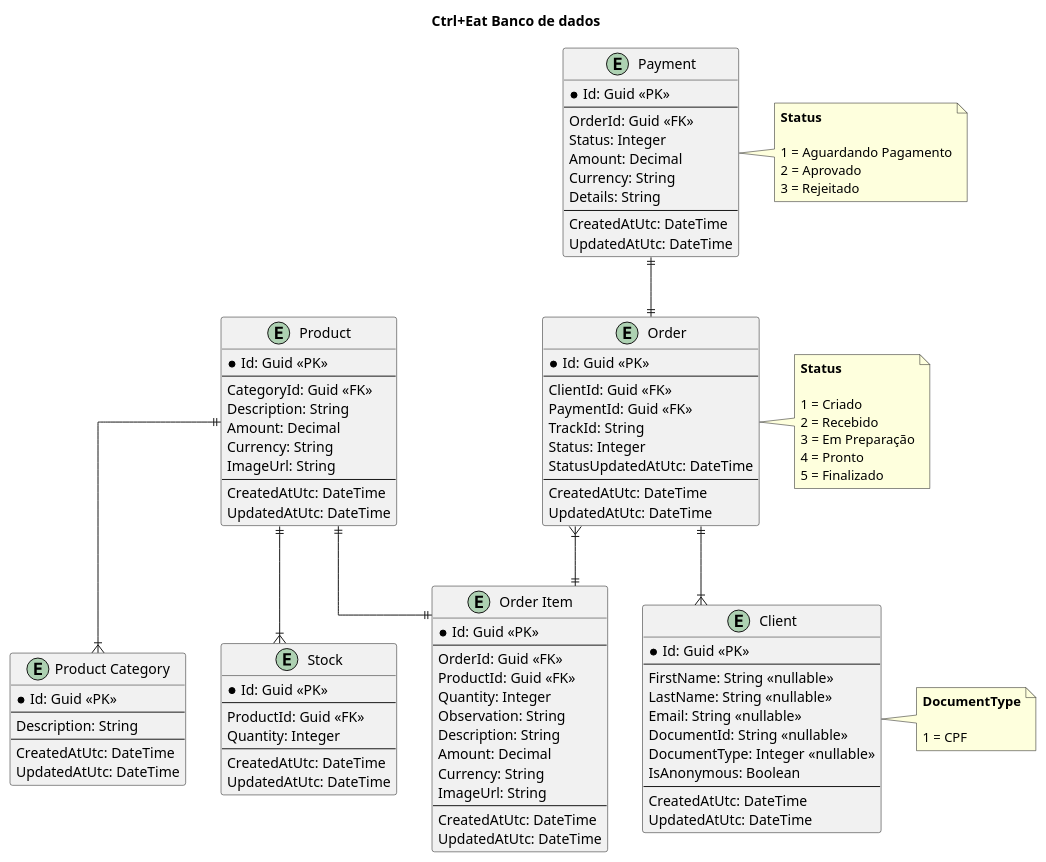
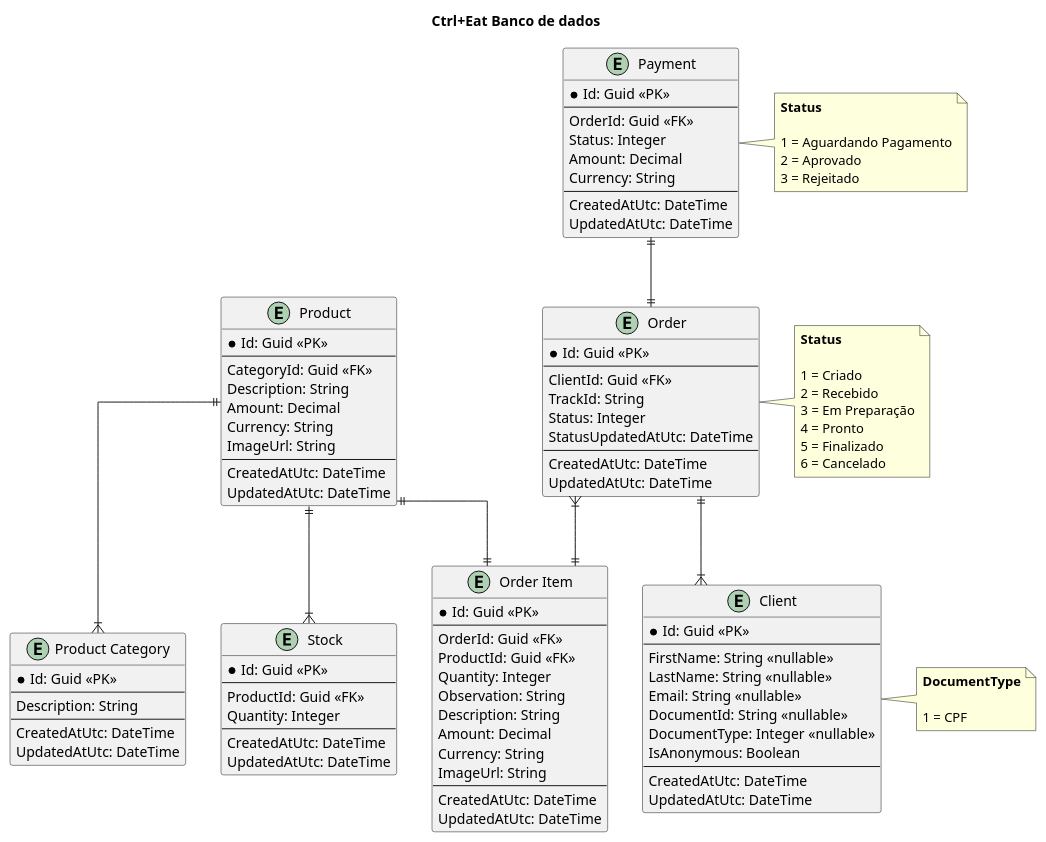
The diagram in docs/database/database.puml (jfelipearaujo/fast-food-api), drawn with PlantUML before and after one commit. The commit also changed 8 other files, not shown here.

```diff
--- a/docs/database/database.puml
+++ b/docs/database/database.puml
@@ -1,145 +1,144 @@
 @startuml database
 
 title "Ctrl+Eat Banco de dados"
 
 ' avoid problems with angled crows feet
 skinparam linetype ortho
 
 
 entity "Client" as client {
     *Id: Guid <<PK>>
     ---
     FirstName: String <<nullable>>
     LastName: String <<nullable>>
     Email: String <<nullable>>
     DocumentId: String <<nullable>>
     DocumentType: Integer <<nullable>>
     IsAnonymous: Boolean
     ---
     CreatedAtUtc: DateTime
     UpdatedAtUtc: DateTime
 }
 
 entity "Product Category" as productCategory {
     *Id: Guid <<PK>>
     ---
     Description: String
     ---
     CreatedAtUtc: DateTime
     UpdatedAtUtc: DateTime
 }
 
 entity "Product" as product {
     *Id: Guid <<PK>>
     ---
     CategoryId: Guid <<FK>>
     Description: String
     Amount: Decimal
     Currency: String
     ImageUrl: String
     ---
     CreatedAtUtc: DateTime
     UpdatedAtUtc: DateTime
 }
 
 entity "Stock" as stock {
     *Id: Guid <<PK>>
     ---
     ProductId: Guid <<FK>>
     Quantity: Integer
     ---
     CreatedAtUtc: DateTime
     UpdatedAtUtc: DateTime
 }
 
 entity "Order Item" as orderItem {
     *Id: Guid <<PK>>
     ---
     OrderId: Guid <<FK>>
     ProductId: Guid <<FK>>
     Quantity: Integer
     Observation: String
     Description: String
     Amount: Decimal
     Currency: String
     ImageUrl: String
     ---
     CreatedAtUtc: DateTime
     UpdatedAtUtc: DateTime
 }
 
 entity "Payment" as payment {
     *Id: Guid <<PK>>
     ---
     OrderId: Guid <<FK>>
     Status: Integer
     Amount: Decimal
     Currency: String
-    Details: String
     ---
     CreatedAtUtc: DateTime
     UpdatedAtUtc: DateTime
 }
 
 entity "Order" as order {
     *Id: Guid <<PK>>
     ---
     ClientId: Guid <<FK>>
-    PaymentId: Guid <<FK>>
     TrackId: String
     Status: Integer
     StatusUpdatedAtUtc: DateTime
     ---
     CreatedAtUtc: DateTime
     UpdatedAtUtc: DateTime
 }
 
 note right of client
     **DocumentType**
 
     1 = CPF
 end note
 
 note right of payment
     **Status**
 
     1 = Aguardando Pagamento
     2 = Aprovado
     3 = Rejeitado
 end note
 
 note right of order
     **Status**
 
     1 = Criado
     2 = Recebido
     3 = Em Preparação
     4 = Pronto
     5 = Finalizado
+    6 = Cancelado
 end note
 
 ' a product has Exactly One category
 ' a category has One or More products
 product ||--|{ productCategory
 
 ' a product has Exactly One stock
 ' a stock has One or More products
 product ||--|{ stock
 
 ' a payment has Exactly One order
 ' a order has Exactly One payment
 payment ||--|| order
 
 ' a order has Exactly One client
 ' a client has One or More order
 order ||--|{ client
 
 ' a product has Exactly One orderItem
 ' a orderItem has One or More products
 product ||--|| orderItem
 
 ' a order has One or Mode orderItem
 ' a orderItem has Exactly One order
 order }|--|| orderItem
 
 @enduml
```
